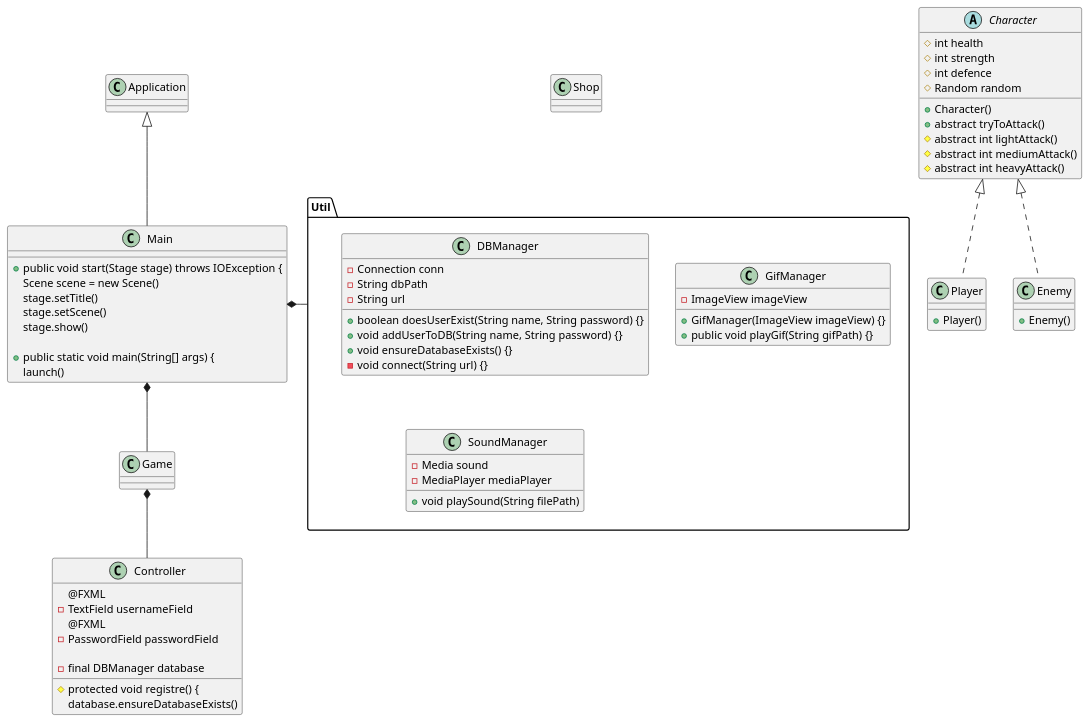
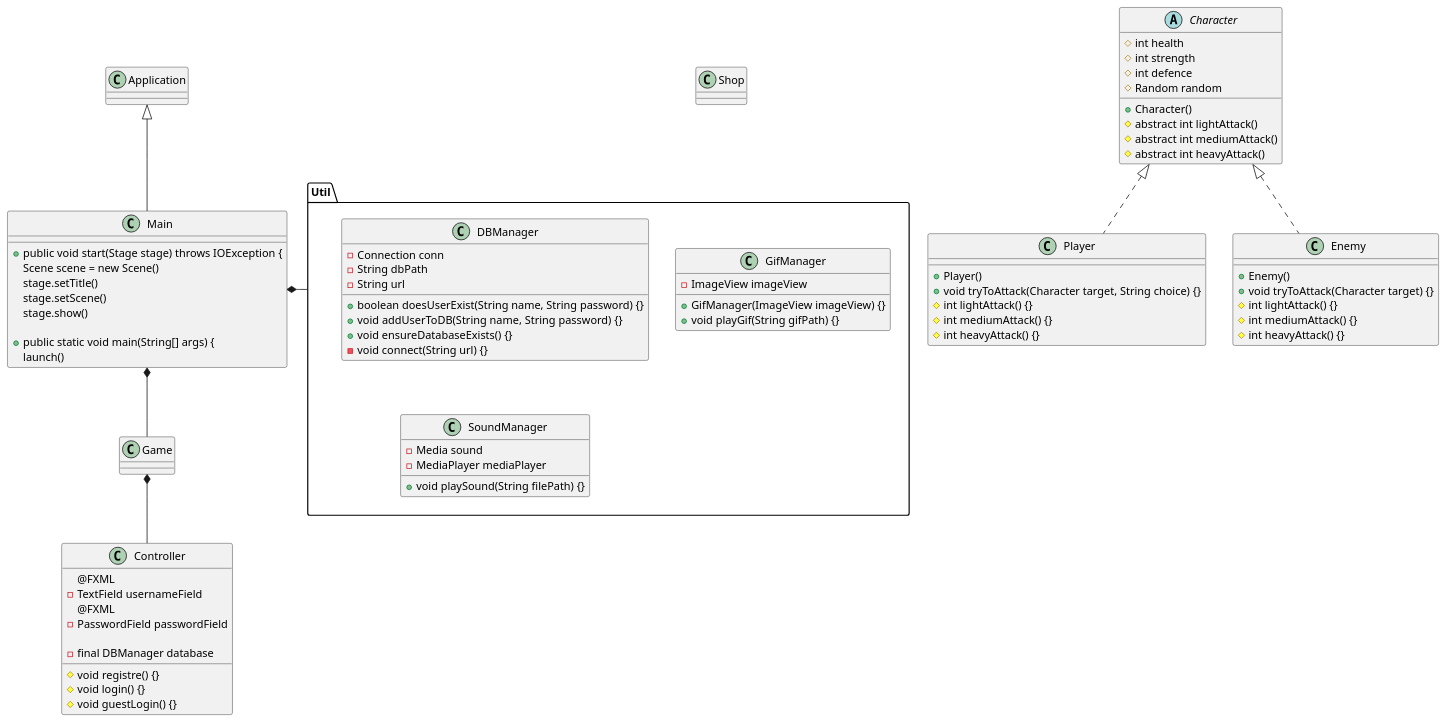
One commit to olivermjmj/Maend-der-slaes changed the diagram in MaendDerSlaes/data/plantUML/ClassDiagram.puml. Above: the diagram before and after it, drawn with PlantUML. The commit also changed 10 other files, not shown here.

Commit message:
DomainModel and ClassDiagram. I have also made it so a user trying to registre needs at username and password that is 3 - 12 characters long.

```diff
--- a/MaendDerSlaes/data/plantUML/ClassDiagram.puml
+++ b/MaendDerSlaes/data/plantUML/ClassDiagram.puml
@@ -1,83 +1,91 @@
 @startuml
 'https://plantuml.com/class-diagram
 
 class Main extends Application {
 
 + public void start(Stage stage) throws IOException {
 Scene scene = new Scene()
 stage.setTitle()
 stage.setScene()
 stage.show()
 
 + public static void main(String[] args) {
 launch()
 }
 
 Class Game {
 
 }
 
 Class Controller {
 @FXML
 - TextField usernameField
 @FXML
 - PasswordField passwordField
 
 - final DBManager database
-# protected void registre() {
-database.ensureDatabaseExists()
+# void registre() {}
+# void login() {}
+# void guestLogin() {}
 }
 
 Class Shop {
 
 }
 
 abstract Class Character {
 # int health
 # int strength
 # int defence
 # Random random
 + Character()
-+ abstract tryToAttack()
 # abstract int lightAttack()
 # abstract int mediumAttack()
 # abstract int heavyAttack()
 }
 
 Class Player implements Character{
 + Player()
++ void tryToAttack(Character target, String choice) {}
+# int lightAttack() {}
+# int mediumAttack() {}
+# int heavyAttack() {}
 }
 
 Class Enemy implements Character {
 + Enemy()
++ void tryToAttack(Character target) {}
+# int lightAttack() {}
+# int mediumAttack() {}
+# int heavyAttack() {}
 }
 
 package "Util" {
 Class DBManager {
 - Connection conn
 - String dbPath
 - String url
 
 + boolean doesUserExist(String name, String password) {}
 + void addUserToDB(String name, String password) {}
 + void ensureDatabaseExists() {}
 - void connect(String url) {}
 }
 
 Class GifManager {
 - ImageView imageView
 + GifManager(ImageView imageView) {}
-+ public void playGif(String gifPath) {}
++ void playGif(String gifPath) {}
 }
 
 Class SoundManager {
 - Media sound
 - MediaPlayer mediaPlayer
-+ void playSound(String filePath)
++ void playSound(String filePath) {}
 }
 }
 
 Main *- "Util"
 Main *-- "Game"
 Game *-- "Controller"
 @enduml
```
